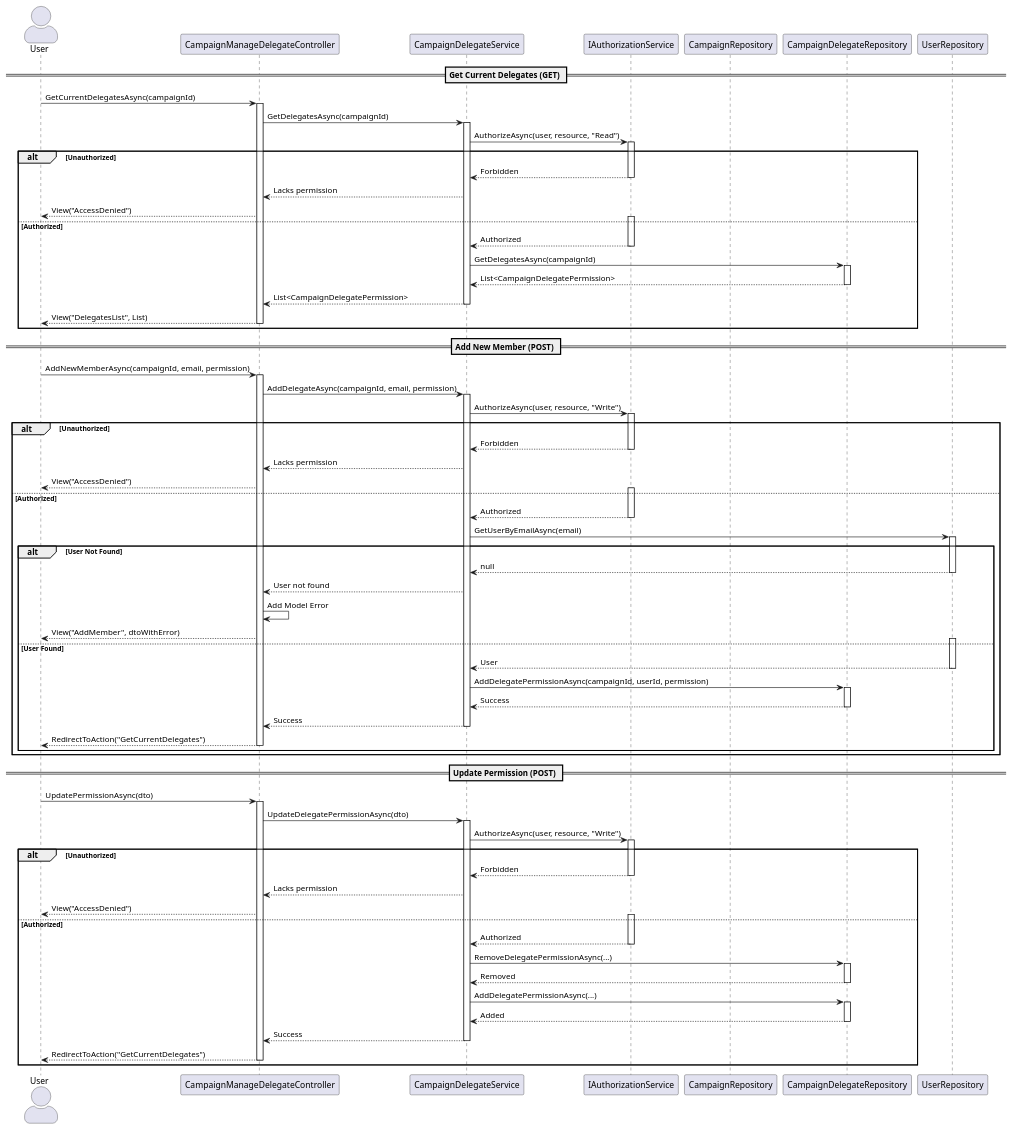
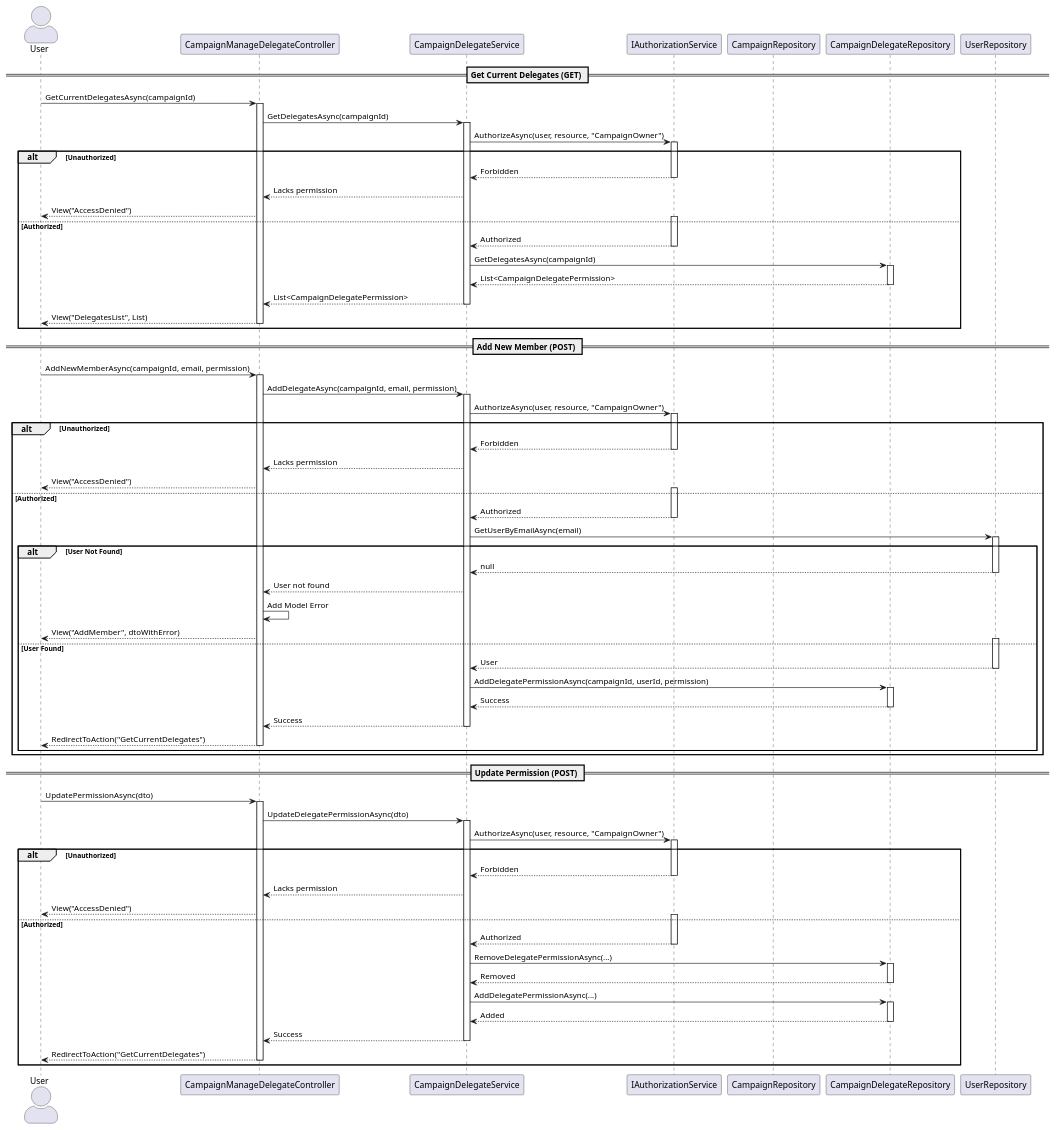
The diagram in docs/CampaignAccessDelegation/bce-sequence-diagram.plantuml (acidMyke/FundRaisingAssignment), drawn with PlantUML before and after one commit.

Commit message:
docs: update AuthorizeAsync args

```diff
--- a/docs/CampaignAccessDelegation/bce-sequence-diagram.plantuml
+++ b/docs/CampaignAccessDelegation/bce-sequence-diagram.plantuml
@@ -1,113 +1,113 @@
 @startuml Campaign Delegate Flows
 skinparam actorStyle awesome
 
 actor User as Client
 participant "CampaignManageDelegateController" as Controller
 participant "CampaignDelegateService" as Service
 participant "IAuthorizationService" as Auth
 participant "CampaignRepository" as CampaignRepo
 participant "CampaignDelegateRepository" as DelegateRepo
 participant "UserRepository" as UserRepo
 
 == Get Current Delegates (GET) ==
 Client -> Controller: GetCurrentDelegatesAsync(campaignId)
 activate Controller
 Controller -> Service: GetDelegatesAsync(campaignId)
 activate Service
 
-Service -> Auth: AuthorizeAsync(user, resource, "Read")
+Service -> Auth: AuthorizeAsync(user, resource, "CampaignOwner")
 activate Auth
 alt Unauthorized
     Auth --> Service: Forbidden
     deactivate Auth
     Service --> Controller: Lacks permission
     Controller --> Client: View("AccessDenied")
 else Authorized
     activate Auth
     Auth --> Service: Authorized
     deactivate Auth
     Service -> DelegateRepo: GetDelegatesAsync(campaignId)
     activate DelegateRepo
     DelegateRepo --> Service: List<CampaignDelegatePermission>
     deactivate DelegateRepo
     Service --> Controller: List<CampaignDelegatePermission>
     deactivate Service
     Controller --> Client: View("DelegatesList", List)
     deactivate Controller
 end
 
 == Add New Member (POST) ==
 Client -> Controller: AddNewMemberAsync(campaignId, email, permission)
 activate Controller
 Controller -> Service: AddDelegateAsync(campaignId, email, permission)
 activate Service
 
-Service -> Auth: AuthorizeAsync(user, resource, "Write")
+Service -> Auth: AuthorizeAsync(user, resource, "CampaignOwner")
 activate Auth
 alt Unauthorized
     Auth --> Service: Forbidden
     deactivate Auth
     Service --> Controller: Lacks permission
     Controller --> Client: View("AccessDenied")
 else Authorized
     activate Auth
     Auth --> Service: Authorized
     deactivate Auth
     Service -> UserRepo: GetUserByEmailAsync(email)
     activate UserRepo
     alt User Not Found
         UserRepo --> Service: null
         deactivate UserRepo
         Service --> Controller: User not found
         Controller -> Controller: Add Model Error
         Controller --> Client: View("AddMember", dtoWithError)
     else User Found
         activate UserRepo
         UserRepo --> Service: User
         deactivate UserRepo
         Service -> DelegateRepo: AddDelegatePermissionAsync(campaignId, userId, permission)
         activate DelegateRepo
         DelegateRepo --> Service: Success
         deactivate DelegateRepo
         Service --> Controller: Success
         deactivate Service
         Controller --> Client: RedirectToAction("GetCurrentDelegates")
         deactivate Controller
     end
 end
 
 == Update Permission (POST) ==
 Client -> Controller: UpdatePermissionAsync(dto)
 activate Controller
 Controller -> Service: UpdateDelegatePermissionAsync(dto)
 activate Service
 
-Service -> Auth: AuthorizeAsync(user, resource, "Write")
+Service -> Auth: AuthorizeAsync(user, resource, "CampaignOwner")
 activate Auth
 alt Unauthorized
     Auth --> Service: Forbidden
     deactivate Auth
     Service --> Controller: Lacks permission
     Controller --> Client: View("AccessDenied")
 else Authorized
     activate Auth
     Auth --> Service: Authorized
     deactivate Auth
     
     Service -> DelegateRepo: RemoveDelegatePermissionAsync(...)
     activate DelegateRepo
     DelegateRepo --> Service: Removed
     deactivate DelegateRepo
     
     Service -> DelegateRepo: AddDelegatePermissionAsync(...)
     activate DelegateRepo
     DelegateRepo --> Service: Added
     deactivate DelegateRepo
     
     Service --> Controller: Success
     deactivate Service
     Controller --> Client: RedirectToAction("GetCurrentDelegates")
     deactivate Controller
 end
 
 @enduml
```
